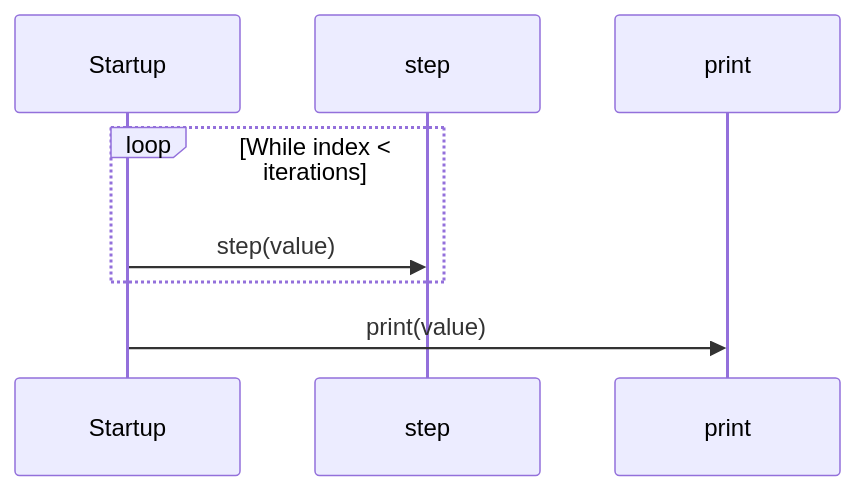
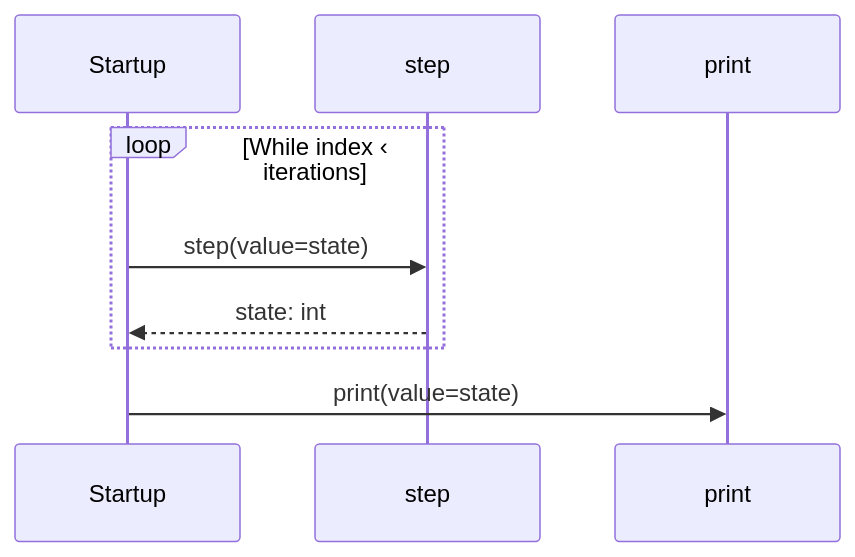
The second of 2 diagrams in benchmarks/calls/main.aug.diagrams.md (GreenPandaStudios/augscript), drawn with Mermaid before and after one commit. The commit also changed other lines of this file and 524 other files, not shown here.

Commit message:
Explain checked data flow at folder and service levels

````diff
--- a/benchmarks/calls/main.aug.diagrams.md
+++ b/benchmarks/calls/main.aug.diagrams.md
@@ -30,10 +30,11 @@
 ```mermaid
 sequenceDiagram
     participant p0 as Startup
     participant p1 as step
     participant p2 as print
-    loop While index #60; iterations
-    p0->>p1: step(value)
+    loop While index ‹ iterations
+    p0->>p1: step(value=state)
+    p1-->>p0: state: int
     end
-    p0->>p2: print(value)
+    p0->>p2: print(value=state)
 ```
````
